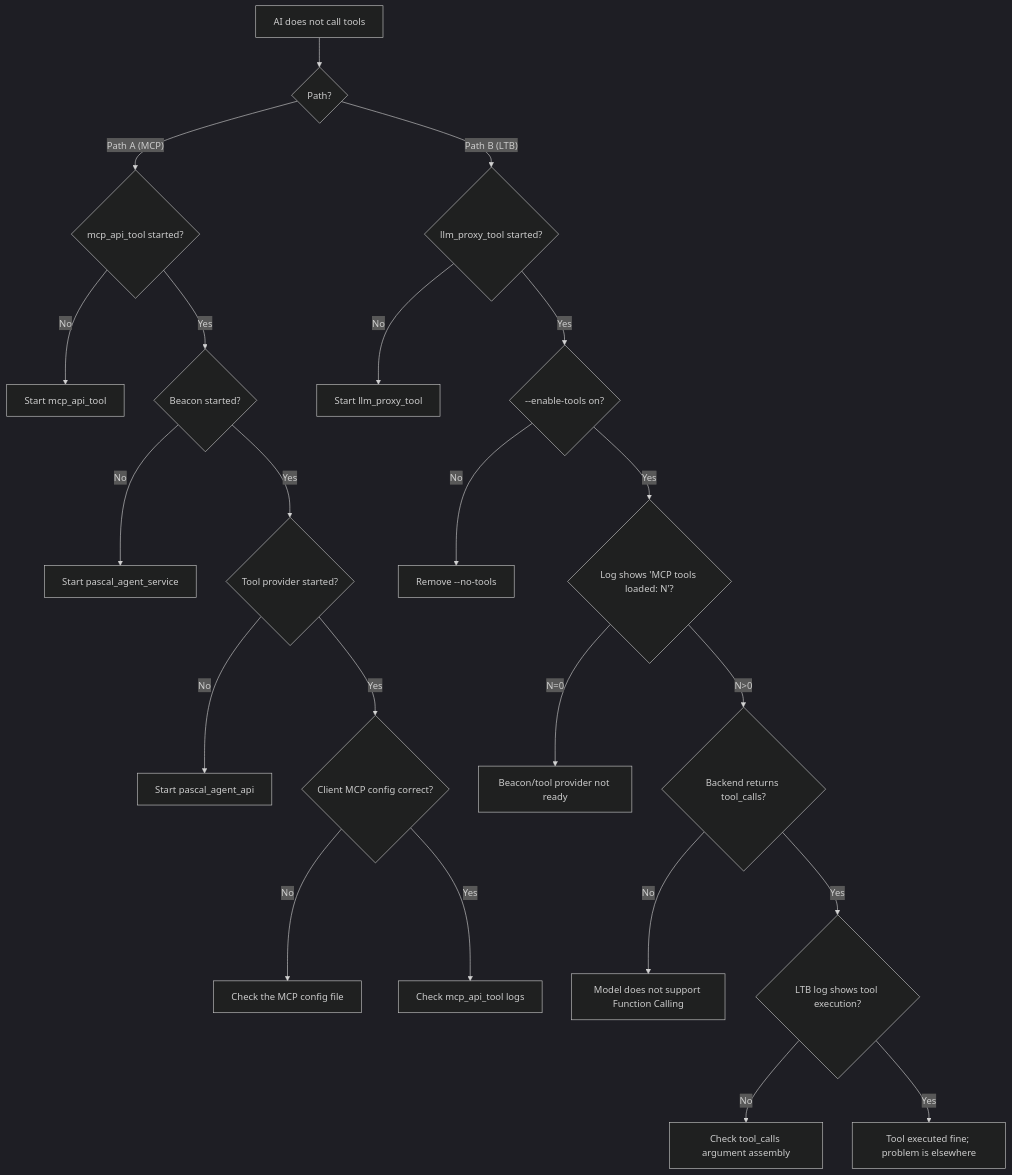
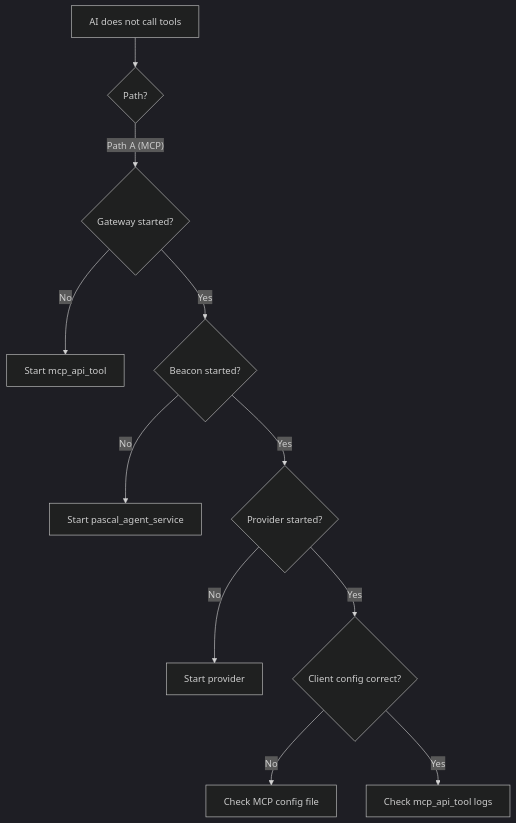
Diagram 48 of 55 in src/pascal_c_to_mcp/code_decl_to_mcp_knowledge_base.md (PassByYou888/LingoFuse-Tools), drawn with Mermaid (dark theme) before and after one commit. The commit also changed other lines of this file, not shown here.

````diff
--- a/src/pascal_c_to_mcp/code_decl_to_mcp_knowledge_base.md
+++ b/src/pascal_c_to_mcp/code_decl_to_mcp_knowledge_base.md
@@ -1588,25 +2382,13 @@
 ```mermaid
 flowchart TD
-    START["AI does not call tools"] --> Q1{"Path?"}
-    Q1 -- "Path A (MCP)" --> A1{"mcp_api_tool started?"}
+    Start["AI does not call tools"] --> Q1{"Path?"}
+    Q1 -- "Path A (MCP)" --> A1{"Gateway started?"}
     A1 -- No --> AX1["Start mcp_api_tool"]
     A1 -- Yes --> A2{"Beacon started?"}
     A2 -- No --> AX2["Start pascal_agent_service"]
-    A2 -- Yes --> A3{"Tool provider started?"}
-    A3 -- No --> AX3["Start pascal_agent_api"]
-    A3 -- Yes --> A4{"Client MCP config correct?"}
-    A4 -- No --> AX4["Check the MCP config file"]
+    A2 -- Yes --> A3{"Provider started?"}
+    A3 -- No --> AX3["Start provider"]
+    A3 -- Yes --> A4{"Client config correct?"}
+    A4 -- No --> AX4["Check MCP config file"]
     A4 -- Yes --> A5["Check mcp_api_tool logs"]
-
-    Q1 -- "Path B (LTB)" --> B1{"llm_proxy_tool started?"}
-    B1 -- No --> BX1["Start llm_proxy_tool"]
-    B1 -- Yes --> B2{"--enable-tools on?"}
-    B2 -- No --> BX2["Remove --no-tools"]
-    B2 -- Yes --> B3{"Log shows 'MCP tools loaded: N'?"}
-    B3 -- "N=0" --> BX3["Beacon/tool provider not ready"]
-    B3 -- "N>0" --> B4{"Backend returns tool_calls?"}
-    B4 -- No --> BX4["Model does not support Function Calling"]
-    B4 -- Yes --> B5{"LTB log shows tool execution?"}
-    B5 -- No --> BX5["Check tool_calls argument assembly"]
-    B5 -- Yes --> BX6["Tool executed fine; problem is elsewhere"]
 ```
````
